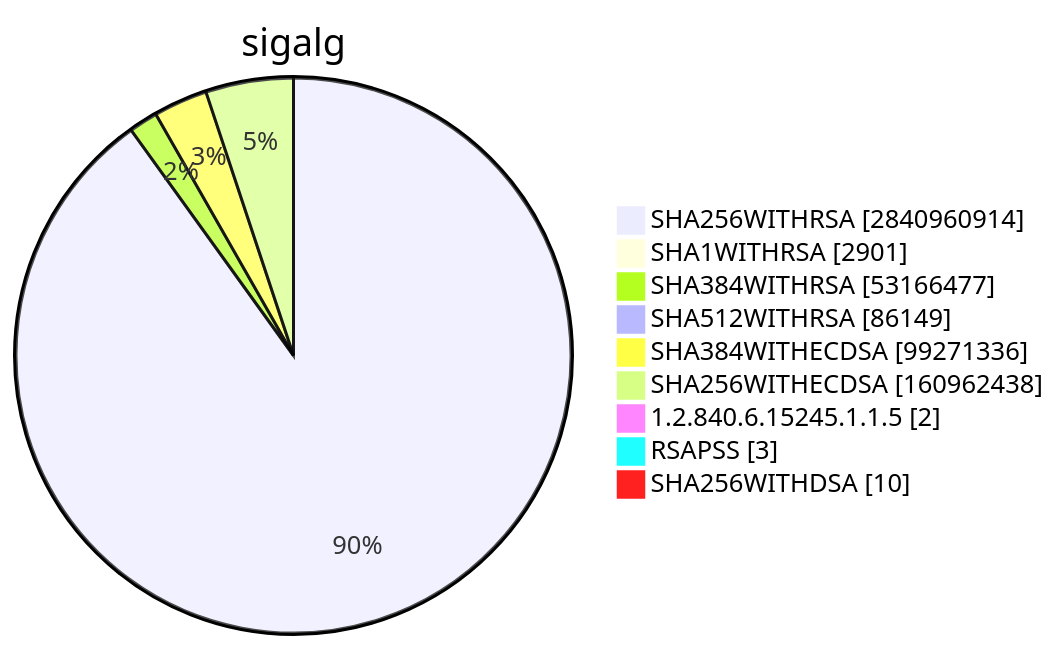
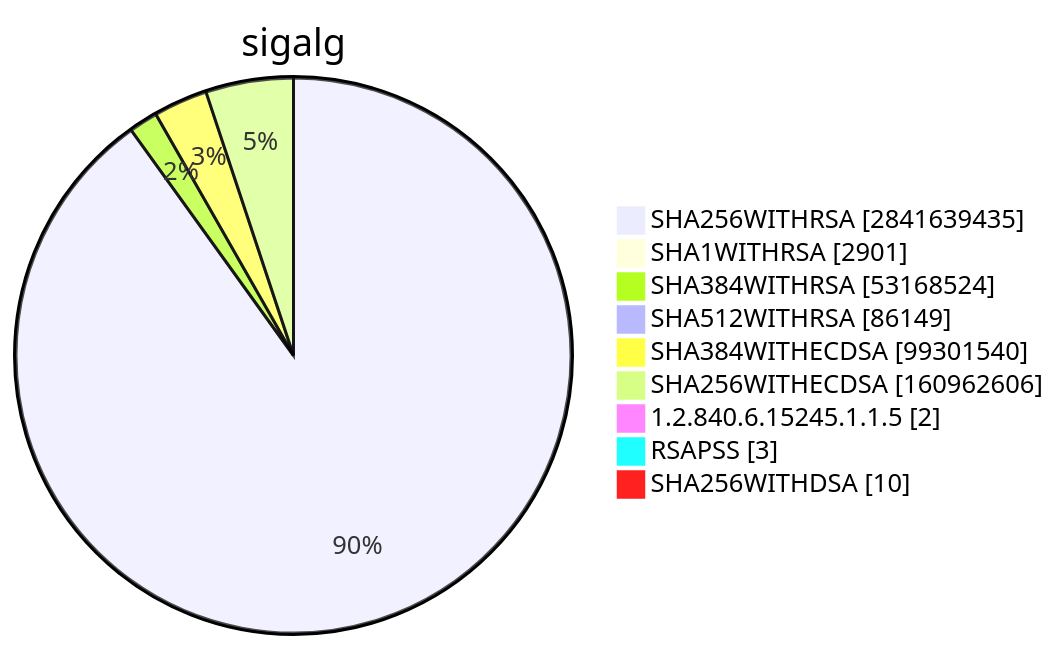
Diagram 15 of 15 in TOTAL/README.md (christiankrug/ctmonitor_visualization), drawn with Mermaid before and after one commit. The commit also changed other lines of this file, not shown here.

````diff
--- a/TOTAL/README.md
+++ b/TOTAL/README.md
@@ -6207,13 +6207,13 @@
 ```mermaid
 pie showData
 title sigalg
-"SHA256WITHRSA" :2840960914
+"SHA256WITHRSA" :2841639435
 "SHA1WITHRSA" :2901
-"SHA384WITHRSA" :53166477
+"SHA384WITHRSA" :53168524
 "SHA512WITHRSA" :86149
-"SHA384WITHECDSA" :99271336
-"SHA256WITHECDSA" :160962438
+"SHA384WITHECDSA" :99301540
+"SHA256WITHECDSA" :160962606
 "1.2.840.6.15245.1.1.5" :2
 "RSAPSS" :3
 "SHA256WITHDSA" :10
 ```
````
